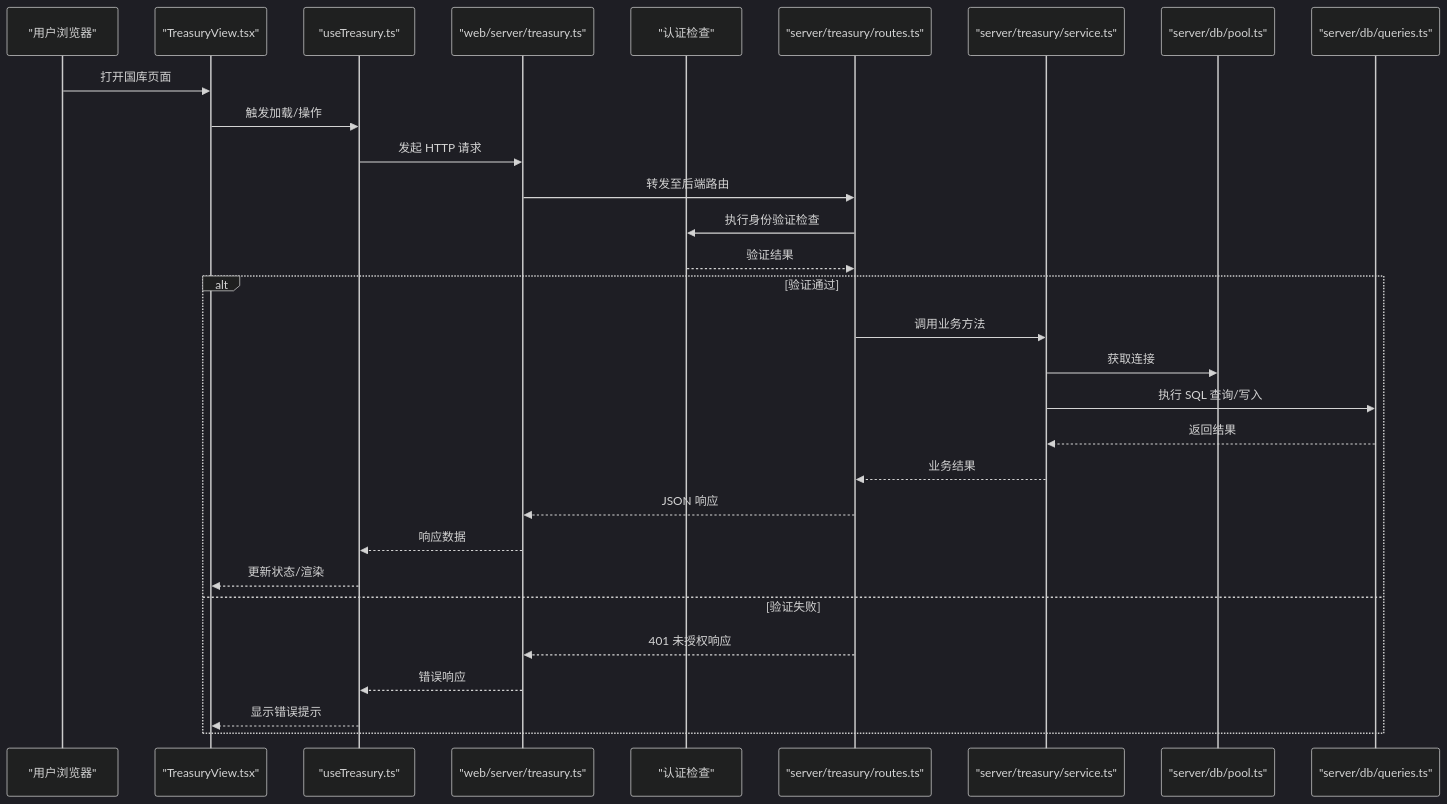
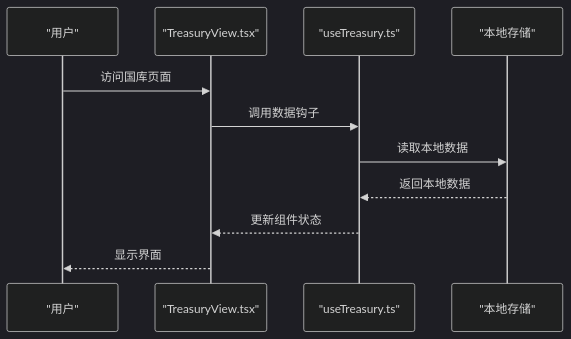
The second of 2 diagrams in .qoder/repowiki/zh/content/业务逻辑层/国库管理系统.md (Maki3991/study-PactLedger), drawn with Mermaid (dark theme) before and after one commit. The commit also changed other lines of this file and 8 other files, not shown here.

````diff
--- a/.qoder/repowiki/zh/content/业务逻辑层/国库管理系统.md
+++ b/.qoder/repowiki/zh/content/业务逻辑层/国库管理系统.md
@@ -99,32 +139,13 @@
 ```mermaid
 sequenceDiagram
-participant U as "用户浏览器"
+participant U as "用户"
 participant V as "TreasuryView.tsx"
 participant H as "useTreasury.ts"
-participant S as "web/server/treasury.ts"
-participant A as "认证检查"
-participant R as "server/treasury/routes.ts"
-participant SVC as "server/treasury/service.ts"
-participant DBP as "server/db/pool.ts"
-participant Q as "server/db/queries.ts"
-U->>V : 打开国库页面
-V->>H : 触发加载/操作
-H->>S : 发起 HTTP 请求
-S->>R : 转发至后端路由
-R->>A : 执行身份验证检查
-A-->>R : 验证结果
-alt 验证通过
-R->>SVC : 调用业务方法
-SVC->>DBP : 获取连接
-SVC->>Q : 执行 SQL 查询/写入
-Q-->>SVC : 返回结果
-SVC-->>R : 业务结果
-R-->>S : JSON 响应
-S-->>H : 响应数据
-H-->>V : 更新状态/渲染
-else 验证失败
-R-->>S : 401 未授权响应
-S-->>H : 错误响应
-H-->>V : 显示错误提示
-end
+participant L as "本地存储"
+U->>V : 访问国库页面
+V->>H : 调用数据钩子
+H->>L : 读取本地数据
+L-->>H : 返回本地数据
+H-->>V : 更新组件状态
+V-->>U : 显示界面
 ```
````
